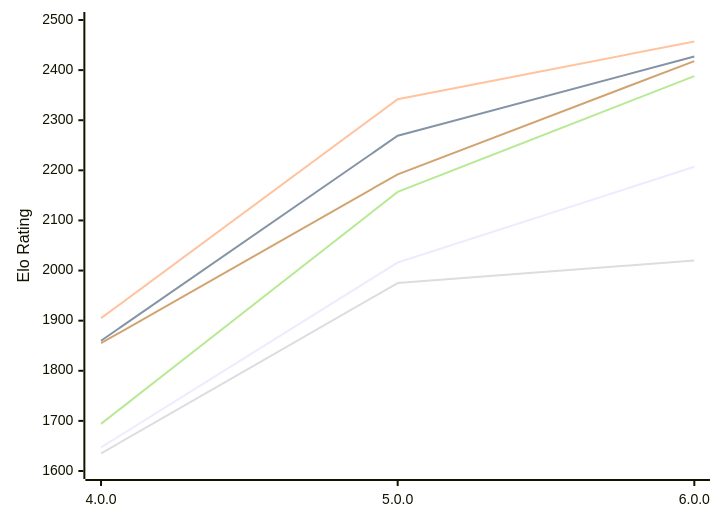
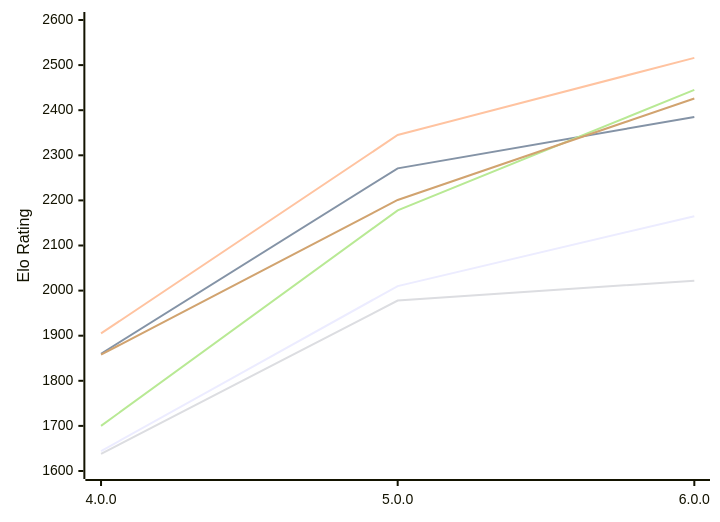
Before and after one commit to computer-chess-index/cci: the first of 2 diagrams in engines/Laura.md, drawn with Mermaid. The commit also changed other lines of this file, not shown here.

Commit message:
Update CCI Ratings (ELO VLTC) - 2026-11-17

````diff
--- a/engines/Laura.md
+++ b/engines/Laura.md
@@ -54,12 +54,12 @@
 ```mermaid
 %%{init: {"theme":"base","themeVariables":{"seriesColors:['#a3a3a3','#222221','#faa371']}}}%%
 xychart-beta
   x-axis ["4.0.0", "5.0.0", "6.0.0"]
-  y-axis "Elo Rating" 1600 --> 2500
-  line "E1: STC (8.0+0.08s)" [1647, 2016, 2207]
-  line "E1: LTC (60.0+0.60s)" [1860, 2269, 2427]
-  line "E1: VLTC (2m24s+1.12s)" [1905, 2342, 2457]
-  line "P1: STC (8.0+0.08s)" [1635, 1975, 2020]
-  line "P1: LTC (60.0+0.60s)" [1694, 2157, 2388]
-  line "P1: VLTC (2m24s+1.12s)" [1855, 2192, 2418]
+  y-axis "Elo Rating" 1600 --> 2600
+  line "E1: STC (8.0+0.08s)" [1644, 2010, 2165]
+  line "E1: LTC (60.0+0.60s)" [1860, 2271, 2385]
+  line "E1: VLTC (2m24s+1.12s)" [1905, 2345, 2516]
+  line "P1: STC (8.0+0.08s)" [1638, 1978, 2022]
+  line "P1: LTC (60.0+0.60s)" [1700, 2178, 2445]
+  line "P1: VLTC (2m24s+1.12s)" [1858, 2201, 2426]
 ```
````
